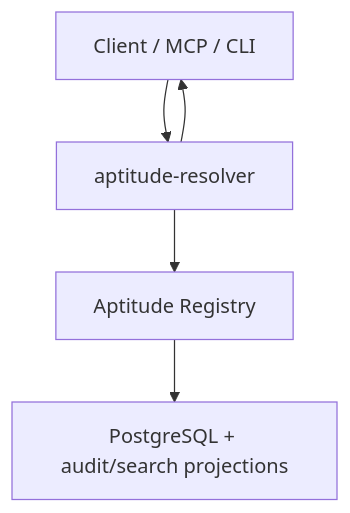
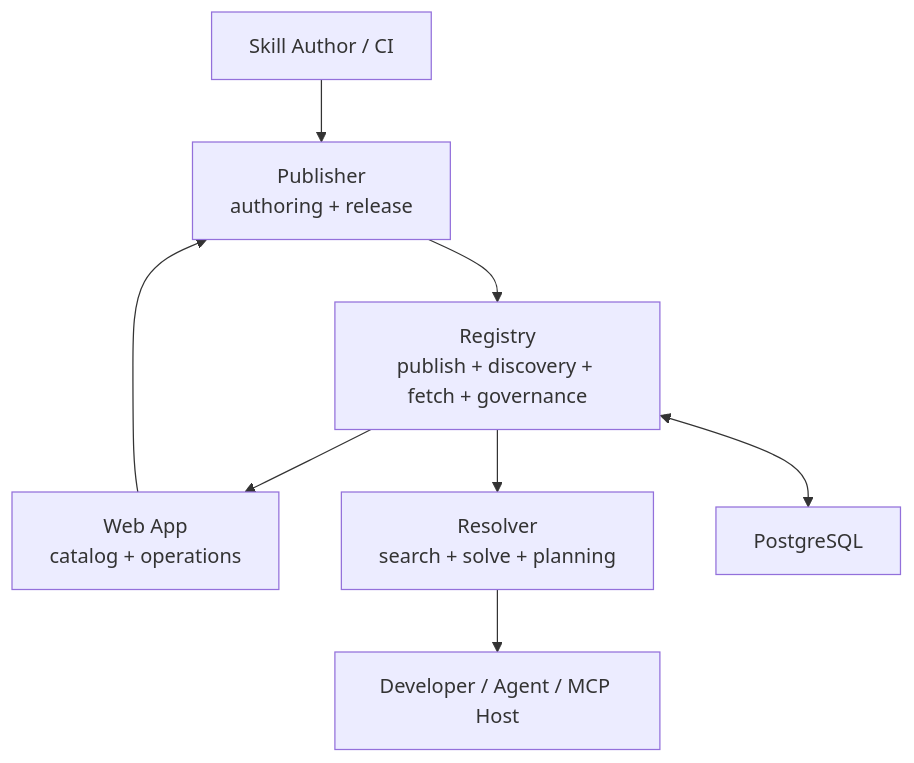
Before and after one commit to aptitude-stack/registery: the diagram in docs/architecture/system-overview.md, drawn with Mermaid. The commit also changed other lines of this file and 8 other files, not shown here.

Commit message:
Add initial drafts and architecture documents for Aptitude, including high-level design, registry architecture, and migration considerations. Introduce continual learning state JSON file for tracking execution metrics.

````diff
--- a/docs/architecture/system-overview.md
+++ b/docs/architecture/system-overview.md
@@ -19,12 +119,14 @@
 ```mermaid
-flowchart TB
-    Client["Client / MCP / CLI"]
-    Resolver["aptitude-resolver"]
-    Registry["Aptitude Registry"]
-    Storage["PostgreSQL + audit/search projections"]
+flowchart TD
+    Author["Skill Author / CI"] --> Publisher["Publisher<br/>authoring + release"]
 
-    Client --> Resolver
-    Resolver --> Registry
-    Registry --> Storage
-    Resolver --> Client
+    Registry --> Web["Web App<br/>catalog + operations"]
+    Resolver["Resolver<br/>search + solve + planning"] --> User["Developer / Agent / MCP Host"]
+
+    Publisher --> Registry["Registry<br/>publish + discovery + fetch + governance"]
+    Web["Web App<br/>catalog + operations"] --> Publisher
+
+    Registry --> Resolver
+    Registry <--> DB["PostgreSQL"]
+
 ```
````
